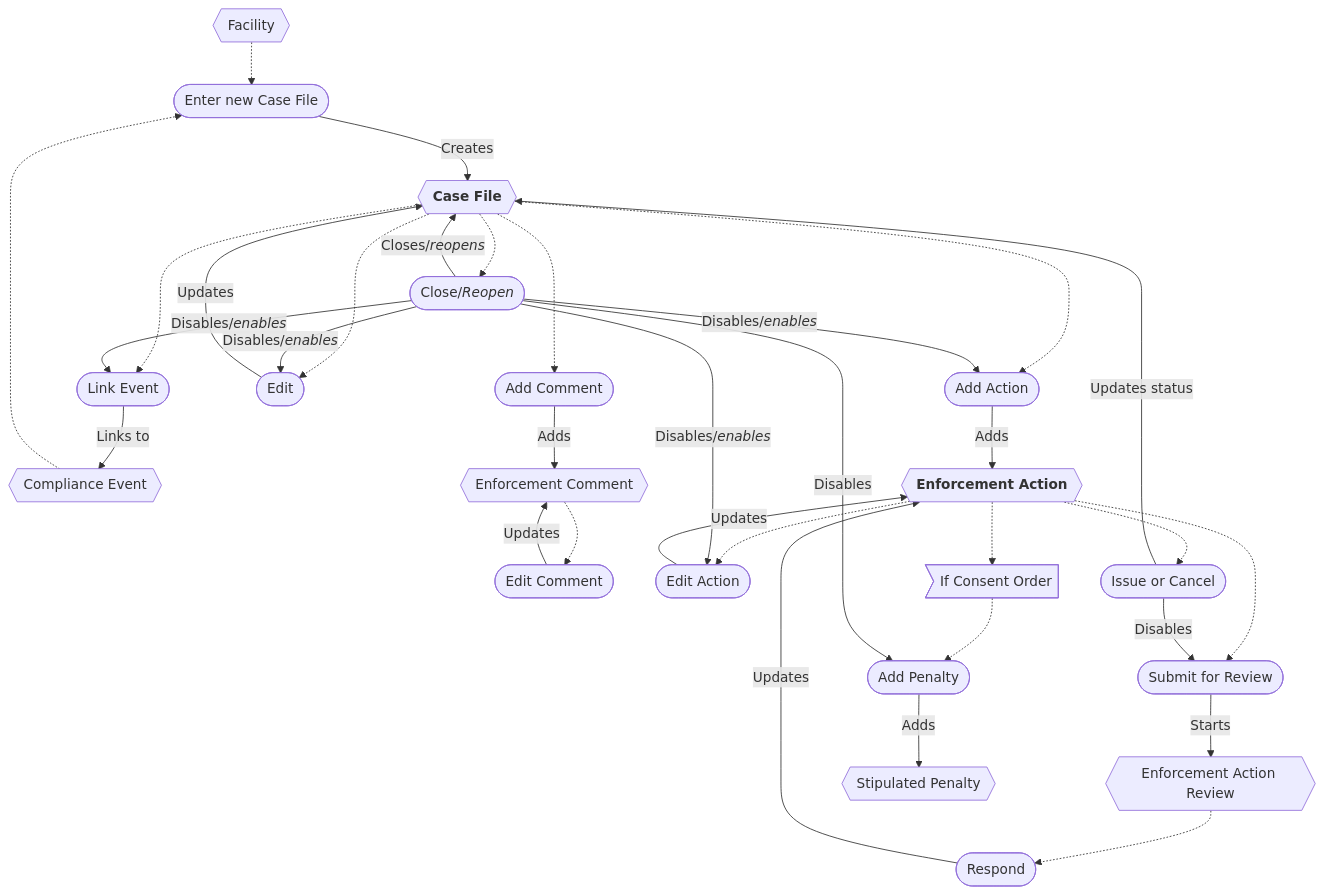
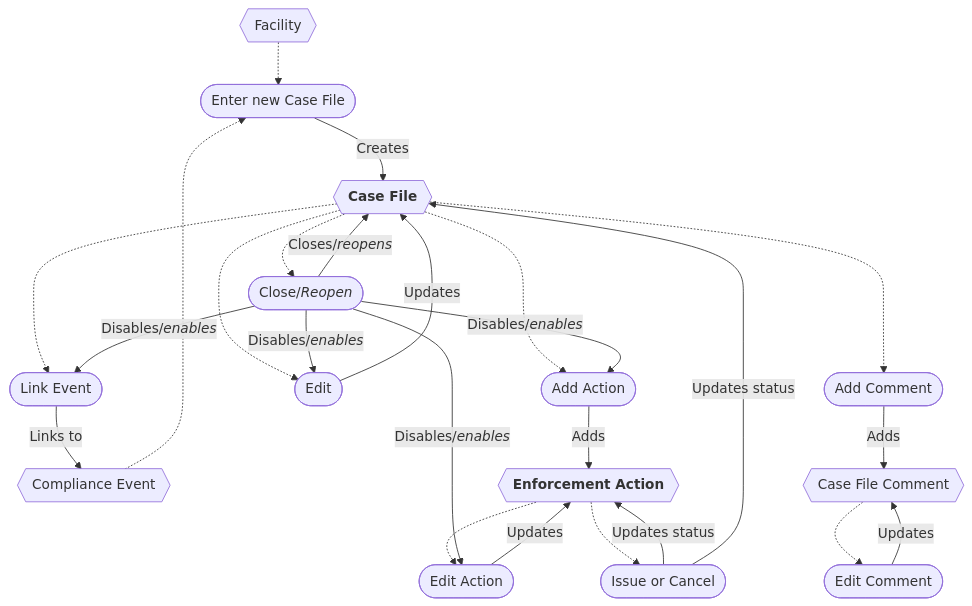
One commit to gaepdit/air-web changed the second of 4 diagrams in docs/Workflows/Enforcement-workflow.md. Above: the diagram before and after it, drawn with Mermaid. The commit also changed other lines of this file and 2 other files, not shown here.

````diff
--- a/docs/Workflows/Enforcement-workflow.md
+++ b/docs/Workflows/Enforcement-workflow.md
@@ -71,55 +95,42 @@
 ```mermaid
 flowchart
     FAC{{Facility}}
     EVT{{Compliance Event}}
     ENF{{"`**Case File**`"}}
-    CTE{{Enforcement Comment}}
+    CTE{{Case File Comment}}
     ACT{{"`**Enforcement Action**`"}}
-    REV{{"Enforcement Action Review"}}
-    STP{{Stipulated Penalty}}
     link([Link Event])
     add([Enter new Case File])
     comment([Add Comment])
     editEnf([Edit])
     addAction([Add Action])
     close(["`Close/*Reopen*`"])
     editComment([Edit Comment])
     editAction([Edit Action])
-    review([Submit for Review])
-    respond([Respond])
     issue([Issue or Cancel])
-    penalty([Add Penalty])
-    IfCO>If Consent Order]
     FAC -.-> add
     ENF -.-> link
     EVT -.-> add
     ENF -.-> editEnf
     ENF -.-> close
     ENF -..-> comment
     ENF -.-> addAction
     CTE -.-> editComment
     ACT -.-> editAction
-    ACT -.-> review
     ACT -.-> issue
-    REV -.-> respond
-    ACT -.-> IfCO -.-> penalty
     close -->|"`Disables/*enables*`"| addAction
     close -->|"`Disables/*enables*`"| editEnf
     close -->|"`Disables/*enables*`"| link
     close -->|"`Disables/*enables*`"| editAction
-    issue -->|Disables| review
     add -->|Creates| ENF
     addAction -->|Adds| ACT
     close -->|"`Closes/*reopens*`"| ENF
-    close -->|Disables| penalty
     comment -->|Adds| CTE
     editAction -->|Updates| ACT
     editComment -->|Updates| CTE
     editEnf -->|Updates| ENF
+    issue -->|Updates status| ACT
     issue -->|Updates status| ENF
     link -->|Links to| EVT
-    penalty -->|Adds| STP
-    respond -->|Updates| ACT
-    review -->|Starts| REV
 
 ```
````
